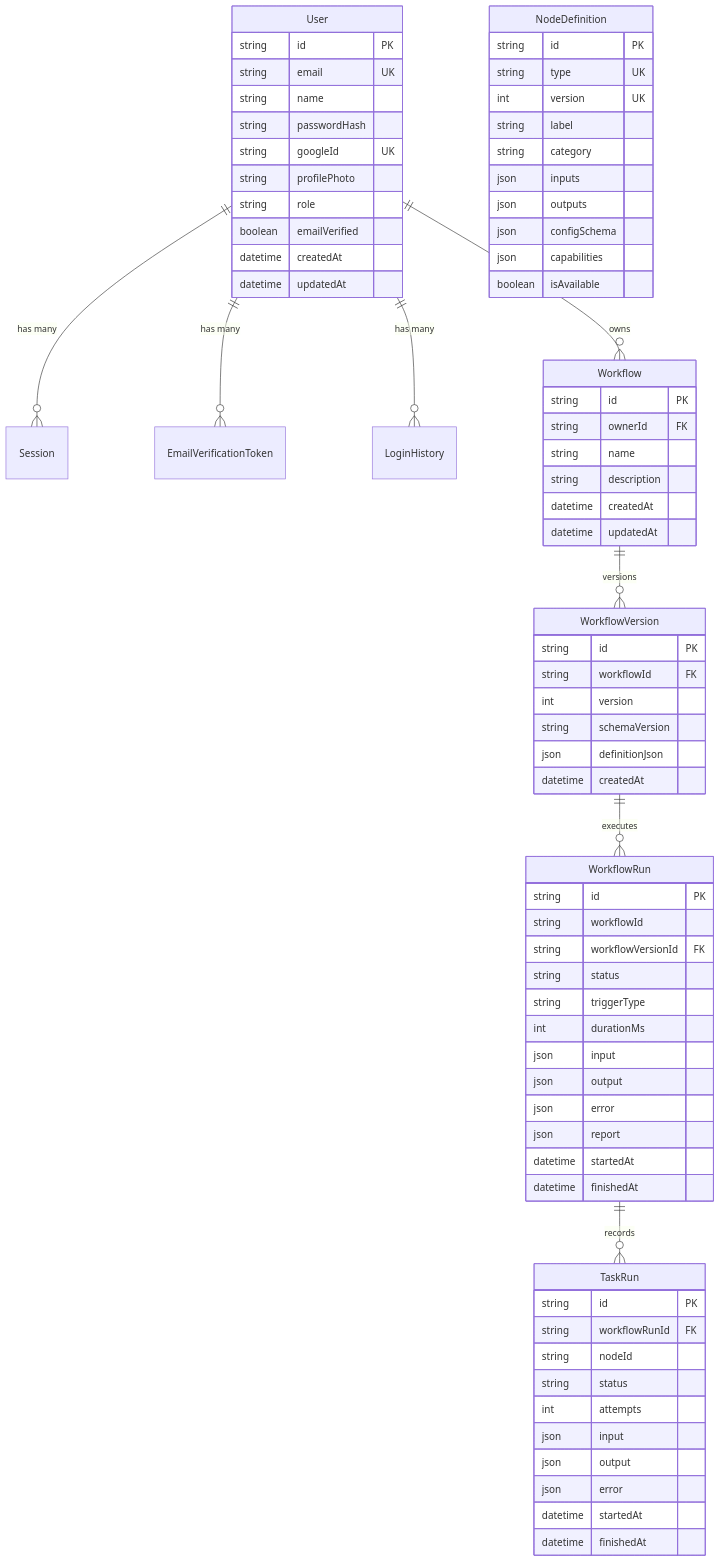
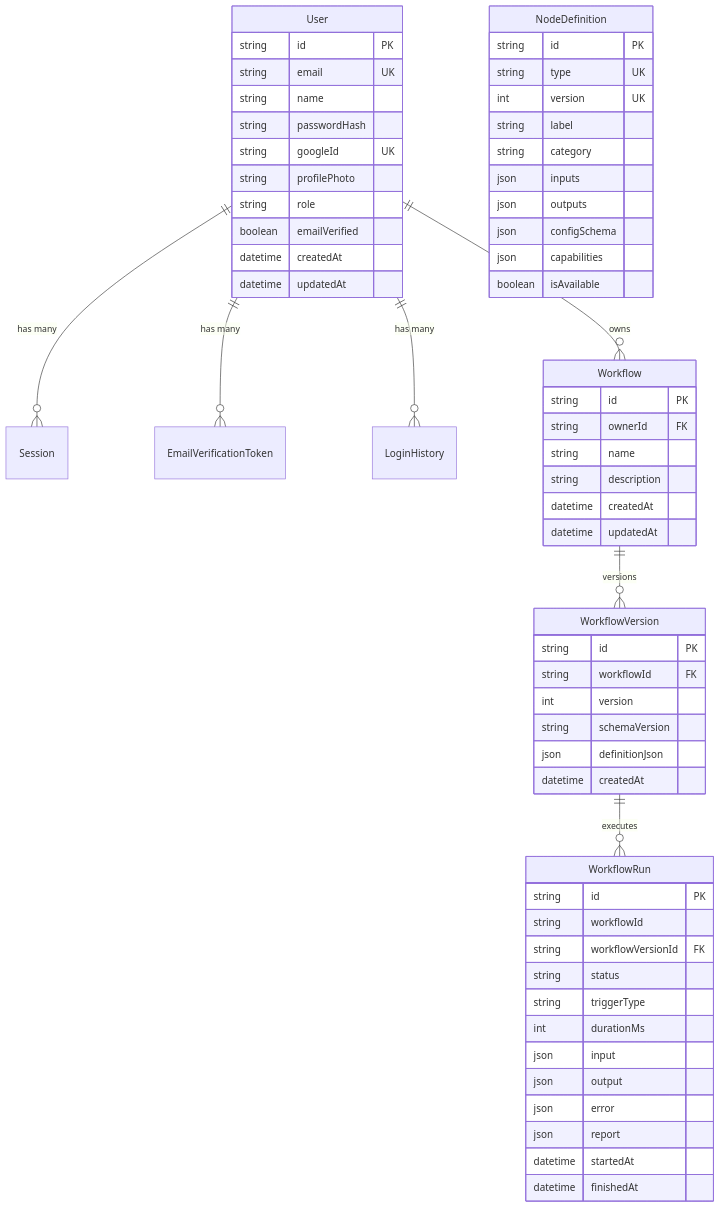
Before and after one commit to Aayansh207/Dormammu-Engine: the second of 3 diagrams in docs/DORMAMMU_ENGINE_KNOWLEDGE_BOOK.md, drawn with Mermaid. The commit also changed other lines of this file and 2 other files, not shown here.

Commit message:
refactor: remove TaskRun entities and streamline workflow execution reporting

````diff
--- a/docs/DORMAMMU_ENGINE_KNOWLEDGE_BOOK.md
+++ b/docs/DORMAMMU_ENGINE_KNOWLEDGE_BOOK.md
@@ -86,82 +86,69 @@
 ```mermaid
 erDiagram
     User ||--o{ Session : "has many"
     User ||--o{ EmailVerificationToken : "has many"
     User ||--o{ LoginHistory : "has many"
     User ||--o{ Workflow : "owns"
     Workflow ||--o{ WorkflowVersion : "versions"
     WorkflowVersion ||--o{ WorkflowRun : "executes"
-    WorkflowRun ||--o{ TaskRun : "records"
 
     User {
         string id PK
         string email UK
         string name
         string passwordHash
         string googleId UK
         string profilePhoto
         string role
         boolean emailVerified
         datetime createdAt
         datetime updatedAt
     }
 
     Workflow {
         string id PK
         string ownerId FK
         string name
         string description
         datetime createdAt
         datetime updatedAt
     }
 
     WorkflowVersion {
         string id PK
         string workflowId FK
         int version
         string schemaVersion
         json definitionJson
         datetime createdAt
     }
 
     WorkflowRun {
         string id PK
         string workflowId
         string workflowVersionId FK
         string status
         string triggerType
         int durationMs
         json input
         json output
         json error
         json report
         datetime startedAt
         datetime finishedAt
     }
 
-    TaskRun {
-        string id PK
-        string workflowRunId FK
-        string nodeId
-        string status
-        int attempts
-        json input
-        json output
-        json error
-        datetime startedAt
-        datetime finishedAt
-    }
 
     NodeDefinition {
         string id PK
         string type UK
         int version UK
         string label
         string category
         json inputs
         json outputs
         json configSchema
         json capabilities
         boolean isAvailable
     }
 ```
````
